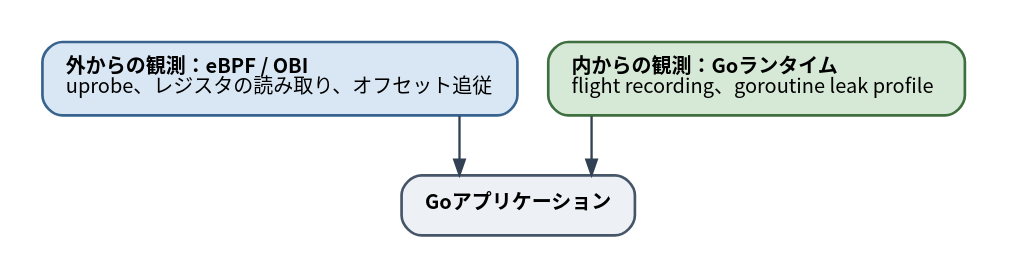
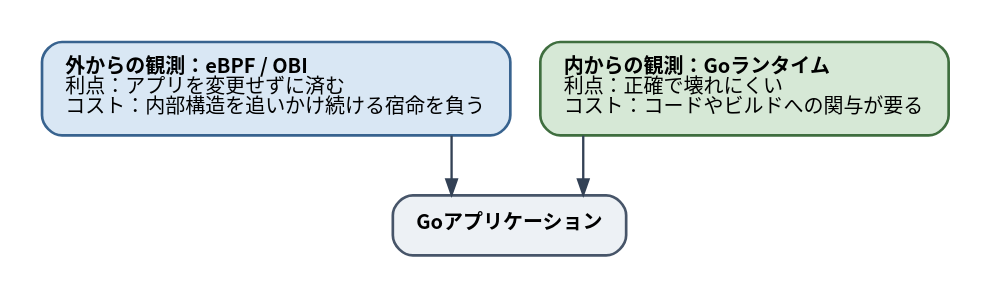
The diagram in diagrams/go-ebpf-primer/20260820-outside-inside.dot (ymotongpoo/zenn.dev), drawn with Graphviz before and after one commit. The commit also changed 1 other file, not shown here.

Commit message:
外内観測の図のラベルをキャプションどおり利点とコストに修正
14章の図1のキャプションは「ラベルはそれぞれのやり方の利点とコストを
示す」だが、図の中身は機構の列挙（uprobe、flight recording等）に
なっていた。本文の「要するに」段落の文言で利点とコストに揃えた。

```diff
--- a/diagrams/go-ebpf-primer/20260820-outside-inside.dot
+++ b/diagrams/go-ebpf-primer/20260820-outside-inside.dot
@@ -1,31 +1,31 @@
 // 外からの観測と内からの観測
 digraph outside_inside {
   graph [
     rankdir=TB, splines=ortho,
     fontname="Harano Aji Gothic,Noto Sans CJK JP,IPAGothic", fontsize=13,
     bgcolor="white", pad=0.25
   ];
   node [
     fontname="Harano Aji Gothic,Noto Sans CJK JP,IPAGothic", fontsize=12,
     shape=box, style="rounded,filled",
     fillcolor="#F1F5F9", color="#475569", penwidth=1.6,
     margin="0.2,0.14"
   ];
   edge [
     fontname="Harano Aji Gothic,Noto Sans CJK JP,IPAGothic", fontsize=11,
     color="#334155", penwidth=1.4, arrowsize=0.9,
     fontcolor="#1E293B"
   ];
 
-  outside [label=<<b>外からの観測：eBPF / OBI</b><br align="left"/>uprobe、レジスタの読み取り、オフセット追従<br align="left"/>>,
+  outside [label=<<b>外からの観測：eBPF / OBI</b><br align="left"/>利点：アプリを変更せずに済む<br align="left"/>コスト：内部構造を追いかけ続ける宿命を負う<br align="left"/>>,
            fillcolor="#D9E7F4", color="#38638F"];
-  inside [label=<<b>内からの観測：Goランタイム</b><br align="left"/>flight recording、goroutine leak profile<br align="left"/>>,
+  inside [label=<<b>内からの観測：Goランタイム</b><br align="left"/>利点：正確で壊れにくい<br align="left"/>コスト：コードやビルドへの関与が要る<br align="left"/>>,
           fillcolor="#D6E8D6", color="#3F6E3F"];
 
   app [label=<<b>Goアプリケーション</b>>, fillcolor="#EDF1F5"];
 
   { rank=same; outside; inside; }
 
   outside -> app;
   inside -> app;
 }
```
